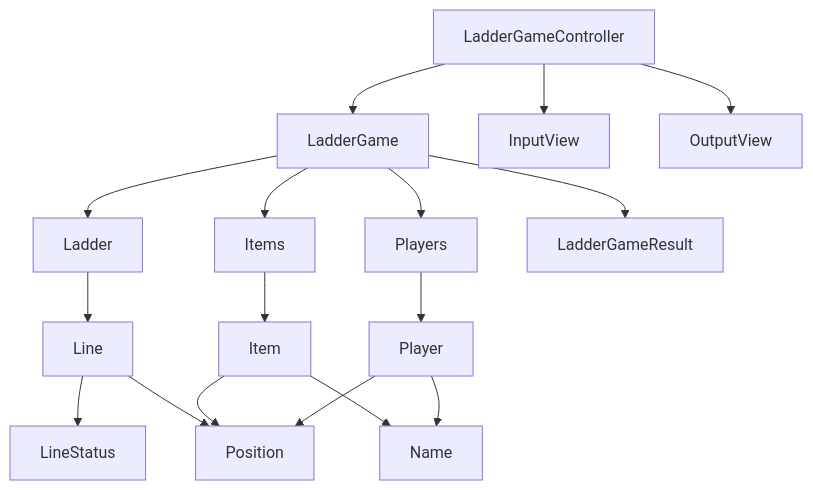
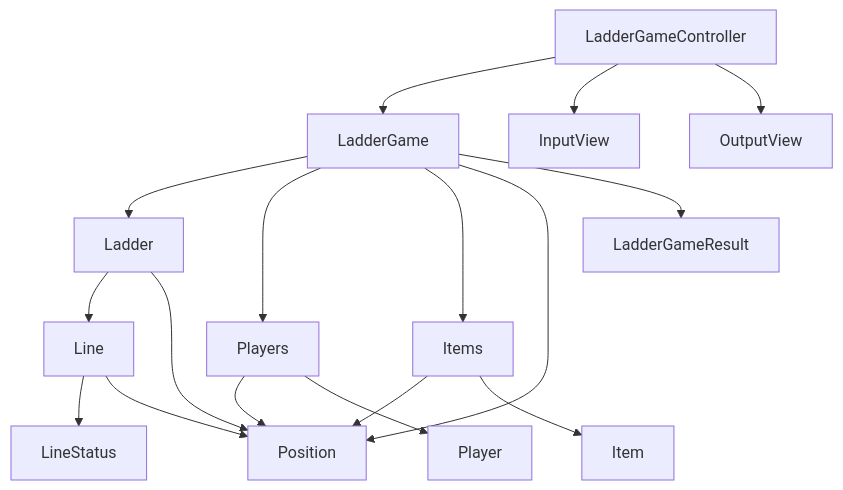
The diagram in README.md (woowacourse/java-ladder), drawn with Mermaid before and after one commit. The commit also changed 4 other files, not shown here.

````diff
--- a/README.md
+++ b/README.md
@@ -11,26 +11,26 @@
 ```mermaid
 graph TD
 
     LadderGameController --> LadderGame
     LadderGame --> Ladder
     LadderGame --> Players
     LadderGame --> Items
 
-    Player --> Name
-    Player --> Position
-    Item --> Position
-    Item --> Name
+    Ladder --> Line
+    Line --> LineStatus
 
+    LadderGame --> Position
+    Ladder --> Position
+    Items --> Position
     Line --> Position
+    Players --> Position
 
     LadderGame --> LadderGameResult
 
     Items --> Item
     Players --> Player
 
     LadderGameController --> InputView
     LadderGameController --> OutputView
 
-    Ladder --> Line
-    Line --> LineStatus
 ```
````
